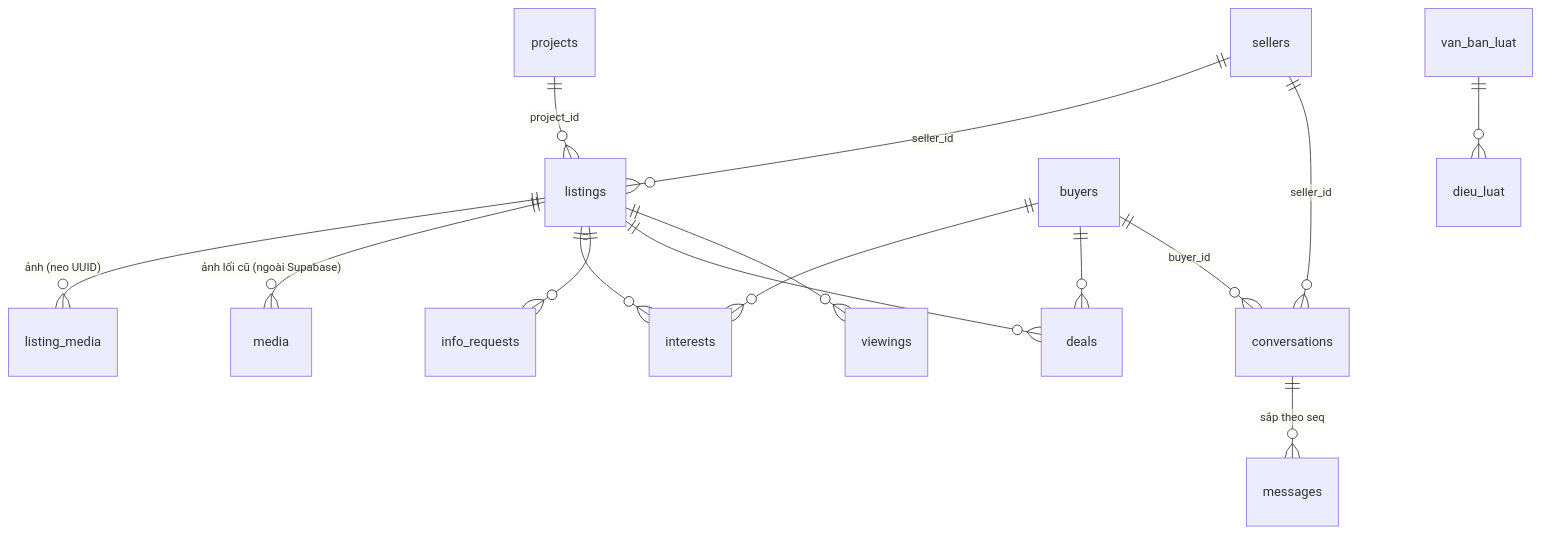
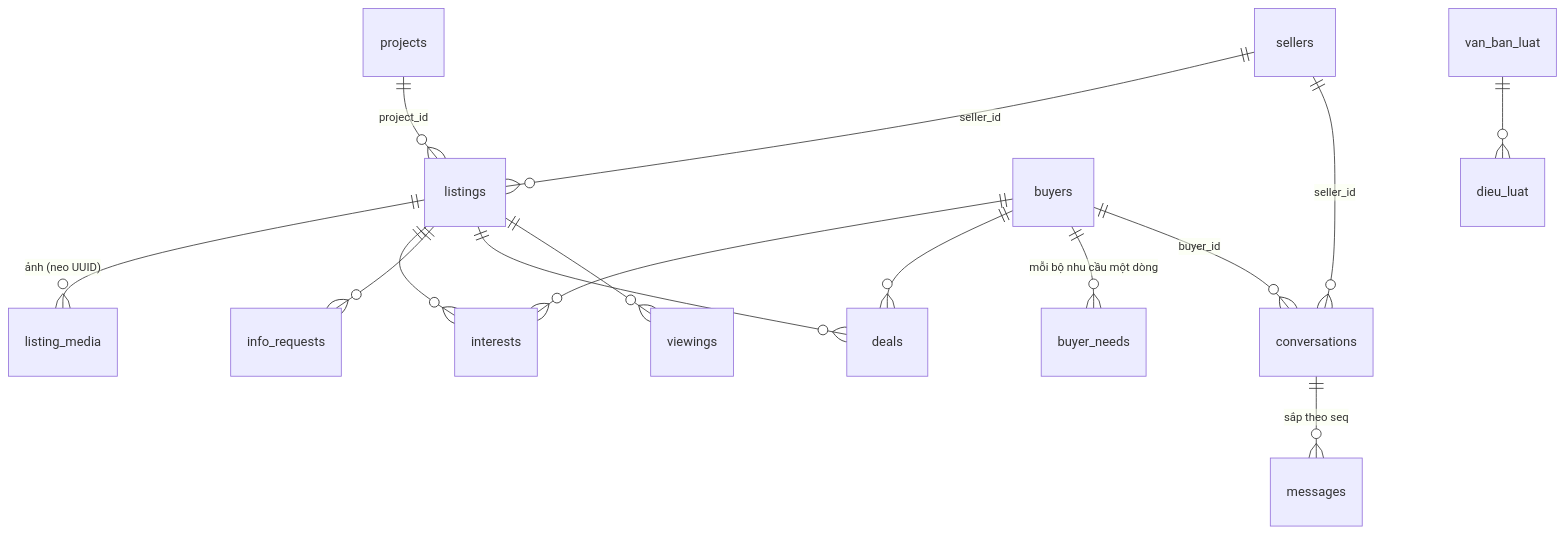
One commit to quang507/AOND changed the second of 3 diagrams in docs/07-srs.md. Above: the diagram before and after it, drawn with Mermaid. The commit also changed other lines of this file and 6 other files, not shown here.

````diff
--- a/docs/07-srs.md
+++ b/docs/07-srs.md
@@ -201,17 +201,17 @@
 ```mermaid
 erDiagram
   projects  ||--o{ listings      : "project_id"
   sellers   ||--o{ listings      : "seller_id"
   listings  ||--o{ listing_media : "ảnh (neo UUID)"
-  listings  ||--o{ media         : "ảnh lối cũ (ngoài Supabase)"
   listings  ||--o{ interests     : ""
   listings  ||--o{ info_requests : ""
   listings  ||--o{ deals         : ""
   listings  ||--o{ viewings      : ""
   buyers    ||--o{ interests     : ""
   buyers    ||--o{ deals         : ""
+  buyers    ||--o{ buyer_needs   : "mỗi bộ nhu cầu một dòng"
   buyers    ||--o{ conversations : "buyer_id"
   sellers   ||--o{ conversations : "seller_id"
   conversations ||--o{ messages  : "sắp theo seq"
   van_ban_luat  ||--o{ dieu_luat : ""
 ```
````
